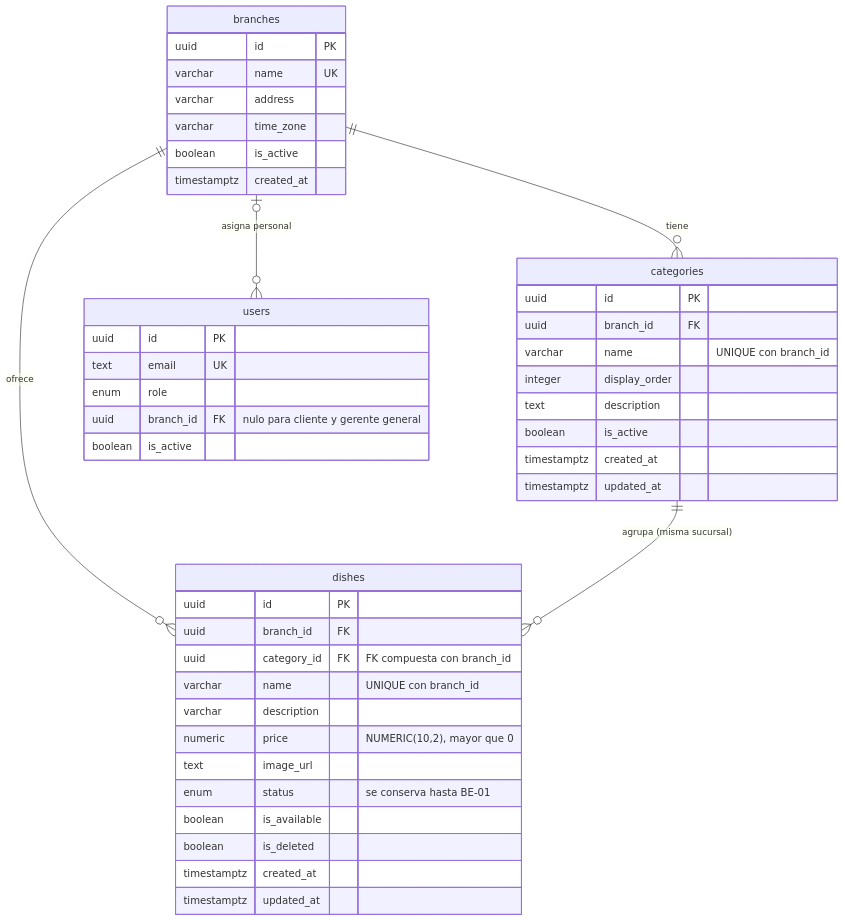
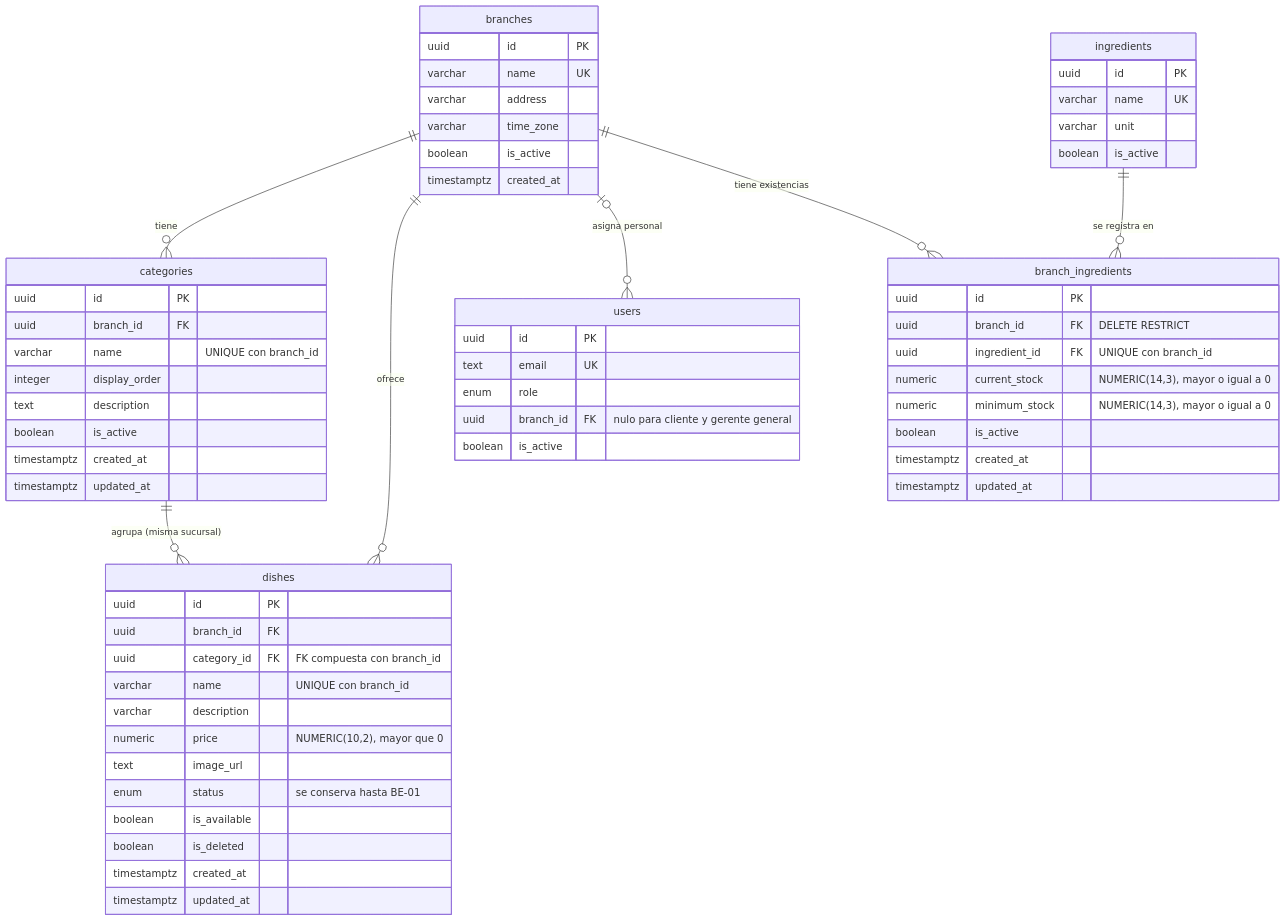
Before and after one commit to Aisack23/be_noodlevolt_is_2026: the diagram in docs/decisiones/diagrama-er.md, drawn with Mermaid. The commit also changed other lines of this file, not shown here.

Commit message:
docs(db): agregar inventario de insumos al diagrama ER (DB-05)

````diff
--- a/docs/decisiones/diagrama-er.md
+++ b/docs/decisiones/diagrama-er.md
@@ -5,47 +5,65 @@
 ```mermaid
 erDiagram
     branches ||--o{ categories : "tiene"
     branches ||--o{ dishes : "ofrece"
     branches |o--o{ users : "asigna personal"
     categories ||--o{ dishes : "agrupa (misma sucursal)"
+    branches ||--o{ branch_ingredients : "tiene existencias"
+    ingredients ||--o{ branch_ingredients : "se registra en"
 
     branches {
         uuid id PK
         varchar name UK
         varchar address
         varchar time_zone
         boolean is_active
         timestamptz created_at
     }
     users {
         uuid id PK
         text email UK
         enum role
         uuid branch_id FK "nulo para cliente y gerente general"
         boolean is_active
     }
     categories {
         uuid id PK
         uuid branch_id FK
         varchar name "UNIQUE con branch_id"
         integer display_order
         text description
         boolean is_active
         timestamptz created_at
         timestamptz updated_at
     }
     dishes {
         uuid id PK
         uuid branch_id FK
         uuid category_id FK "FK compuesta con branch_id"
         varchar name "UNIQUE con branch_id"
         varchar description
         numeric price "NUMERIC(10,2), mayor que 0"
         text image_url
         enum status "se conserva hasta BE-01"
         boolean is_available
         boolean is_deleted
         timestamptz created_at
         timestamptz updated_at
     }
+    ingredients {
+        uuid id PK
+        varchar name UK
+        varchar unit
+        boolean is_active
+    }
+    branch_ingredients {
+        uuid id PK
+        uuid branch_id FK "DELETE RESTRICT"
+        uuid ingredient_id FK "UNIQUE con branch_id"
+        numeric current_stock "NUMERIC(14,3), mayor o igual a 0"
+        numeric minimum_stock "NUMERIC(14,3), mayor o igual a 0"
+        boolean is_active
+        timestamptz created_at
+        timestamptz updated_at
+    }
 ```
````
